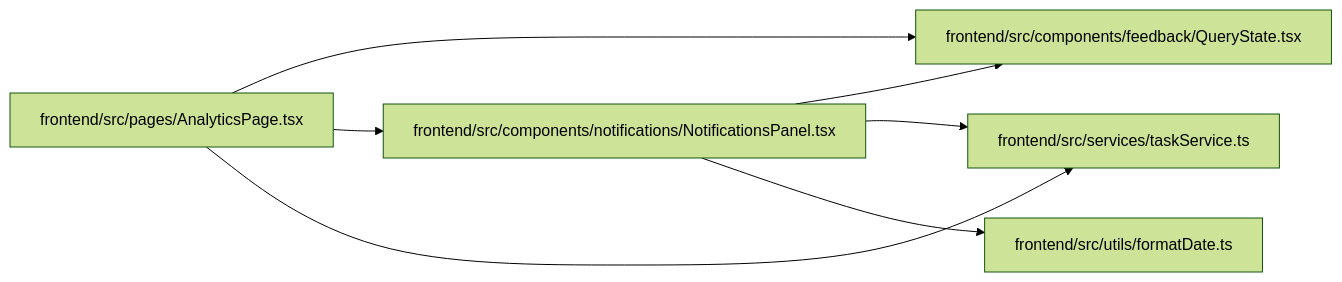
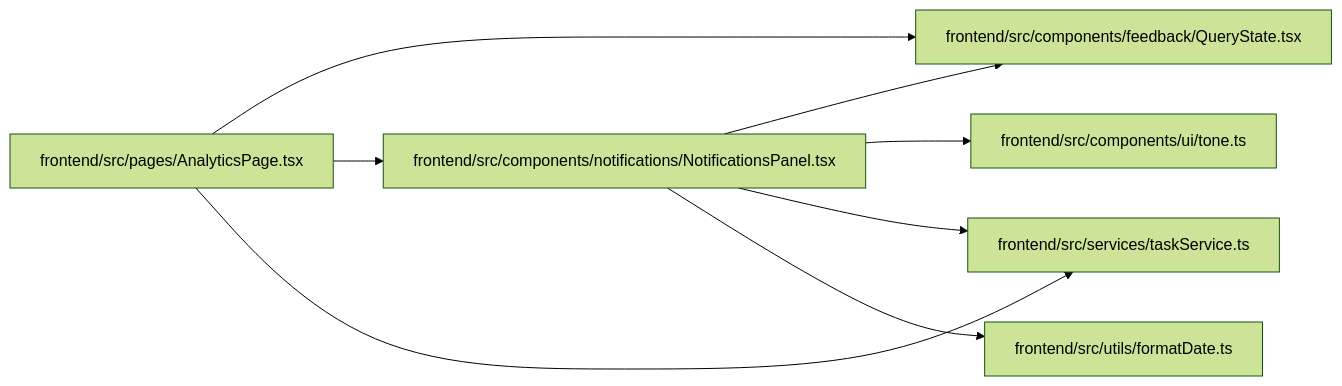
One commit to Denissvgn/WorkChord changed the diagram in docs/llm_wiki/modules/NotificationsPanel.md. Above: the diagram before and after it, drawn with Mermaid (forest theme). The commit also changed other lines of this file and 1888 other files, not shown here.

````diff
--- a/docs/llm_wiki/modules/NotificationsPanel.md
+++ b/docs/llm_wiki/modules/NotificationsPanel.md
@@ -31,19 +33,22 @@
 ```mermaid
 flowchart LR
     n0["frontend/src/components/feedback/QueryState.tsx"]
     n1["frontend/src/components/notifications/NotificationsPanel.tsx"]
-    n2["frontend/src/pages/AnalyticsPage.tsx"]
-    n3["frontend/src/services/taskService.ts"]
-    n4["frontend/src/utils/formatDate.ts"]
+    n2["frontend/src/components/ui/tone.ts"]
+    n3["frontend/src/pages/AnalyticsPage.tsx"]
+    n4["frontend/src/services/taskService.ts"]
+    n5["frontend/src/utils/formatDate.ts"]
     n1 --> n0
-    n1 --> n3
+    n1 --> n2
     n1 --> n4
-    n2 --> n0
-    n2 --> n1
-    n2 --> n3
+    n1 --> n5
+    n3 --> n0
+    n3 --> n1
+    n3 --> n4
     click n0 "../modules/QueryState.md"
     click n1 "../modules/NotificationsPanel.md"
-    click n2 "../modules/AnalyticsPage.md"
-    click n3 "../modules/taskService.md"
-    click n4 "../modules/formatDate.md"
+    click n2 "../modules/tone.md"
+    click n3 "../modules/AnalyticsPage.md"
+    click n4 "../modules/taskService.md"
+    click n5 "../modules/formatDate.md"
 ```
````
